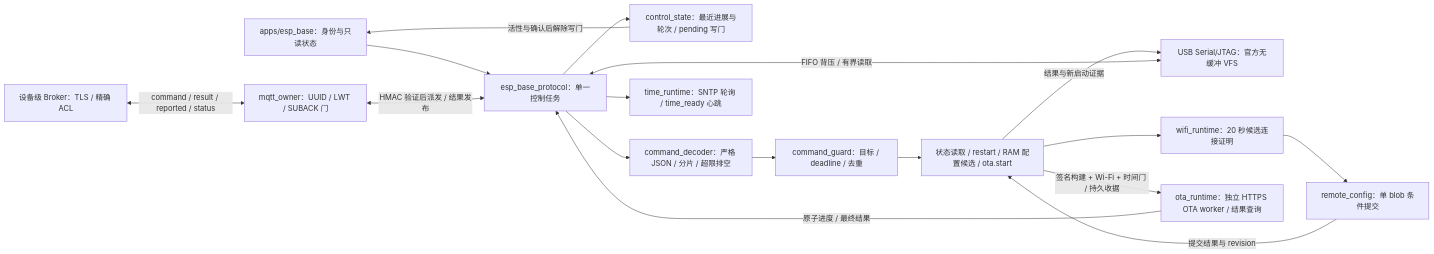
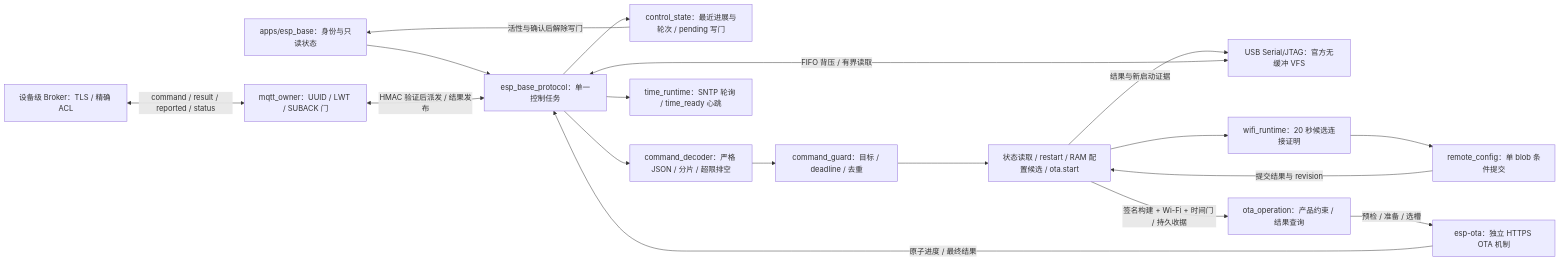
Before and after one commit to darren-you/esp-base: the diagram in firmware/components/device_protocol/README.md, drawn with Mermaid. The commit also changed 34 other files, not shown here.

Commit message:
将 Base OTA 通用机制硬切到公开 esp-ota

````diff
--- a/firmware/components/device_protocol/README.md
+++ b/firmware/components/device_protocol/README.md
@@ -7,19 +7,20 @@
 ```mermaid
 flowchart LR
     app["apps/esp_base：身份与只读状态"] --> owner["esp_base_protocol：单一控制任务"]
     owner --> state["control_state：最近进展与轮次 / pending 写门"]
     state -->|"活性与确认后解除写门"| app
     usb["USB Serial/JTAG：官方无缓冲 VFS"] <-->|"FIFO 背压 / 有界读取"| owner
     broker["设备级 Broker：TLS / 精确 ACL"] <-->|"command / result / reported / status"| mqtt["mqtt_owner：UUID / LWT / SUBACK 门"]
     mqtt <-->|"HMAC 验证后派发 / 结果发布"| owner
     owner --> parser["command_decoder：严格 JSON / 分片 / 超限排空"]
     parser --> guard["command_guard：目标 / deadline / 去重"]
     guard --> action["状态读取 / restart / RAM 配置候选 / ota.start"]
     action --> wifi["wifi_runtime：20 秒候选连接证明"]
     owner --> time["time_runtime：SNTP 轮询 / time_ready 心跳"]
-    action -->|"签名构建 + Wi-Fi + 时间门 / 持久收据"| ota["ota_runtime：独立 HTTPS OTA worker / 结果查询"]
+    action -->|"签名构建 + Wi-Fi + 时间门 / 持久收据"| receipt["ota_operation：产品约束 / 结果查询"]
+    receipt -->|"预检 / 准备 / 选槽"| ota["esp-ota：独立 HTTPS OTA 机制"]
     ota -->|"原子进度 / 最终结果"| owner
     wifi --> store["remote_config：单 blob 条件提交"]
     store -->|"提交结果与 revision"| action
     action -->|"结果与新启动证据"| usb
 ```
````
